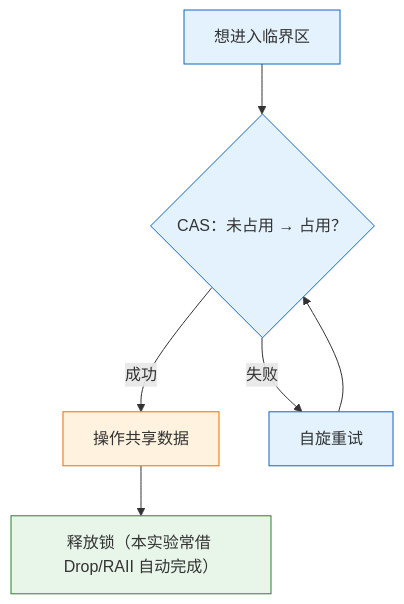
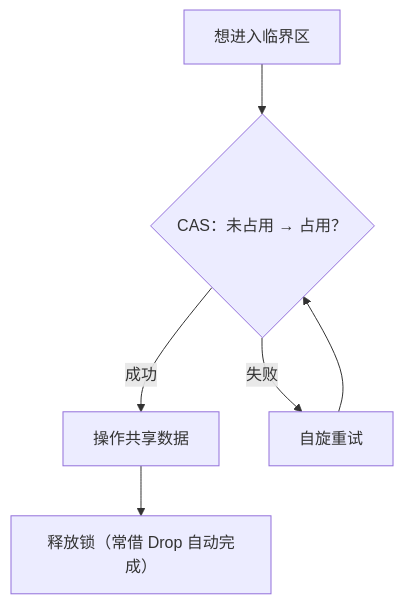
Before and after one commit to AM-SuSh/EVOLVE: the fourth of 4 diagrams in os-lab/labs/lab5-fs-and-sync.md, drawn with Mermaid. The commit also changed other lines of this file and 1 other file, not shown here.

````diff
--- a/os-lab/labs/lab5-fs-and-sync.md
+++ b/os-lab/labs/lab5-fs-and-sync.md
@@ -160,15 +245,8 @@
 ```mermaid
-graph TD
+flowchart TD
     S["想进入临界区"] --> T{"CAS：未占用 → 占用？"}
     T -->|成功| In["操作共享数据"]
     T -->|失败| Spin["自旋重试"]
     Spin --> T
-    In --> D["释放锁（本实验常借 Drop/RAII 自动完成）"]
-
-    classDef try fill:#e3f2fd,stroke:#1565c0;
-    classDef critical fill:#fff3e0,stroke:#ef6c00;
-    classDef release fill:#e8f5e9,stroke:#2e7d32;
-    class S,T,Spin try;
-    class In critical;
-    class D release;
+    In --> D["释放锁（常借 Drop 自动完成）"]
 ```
````
